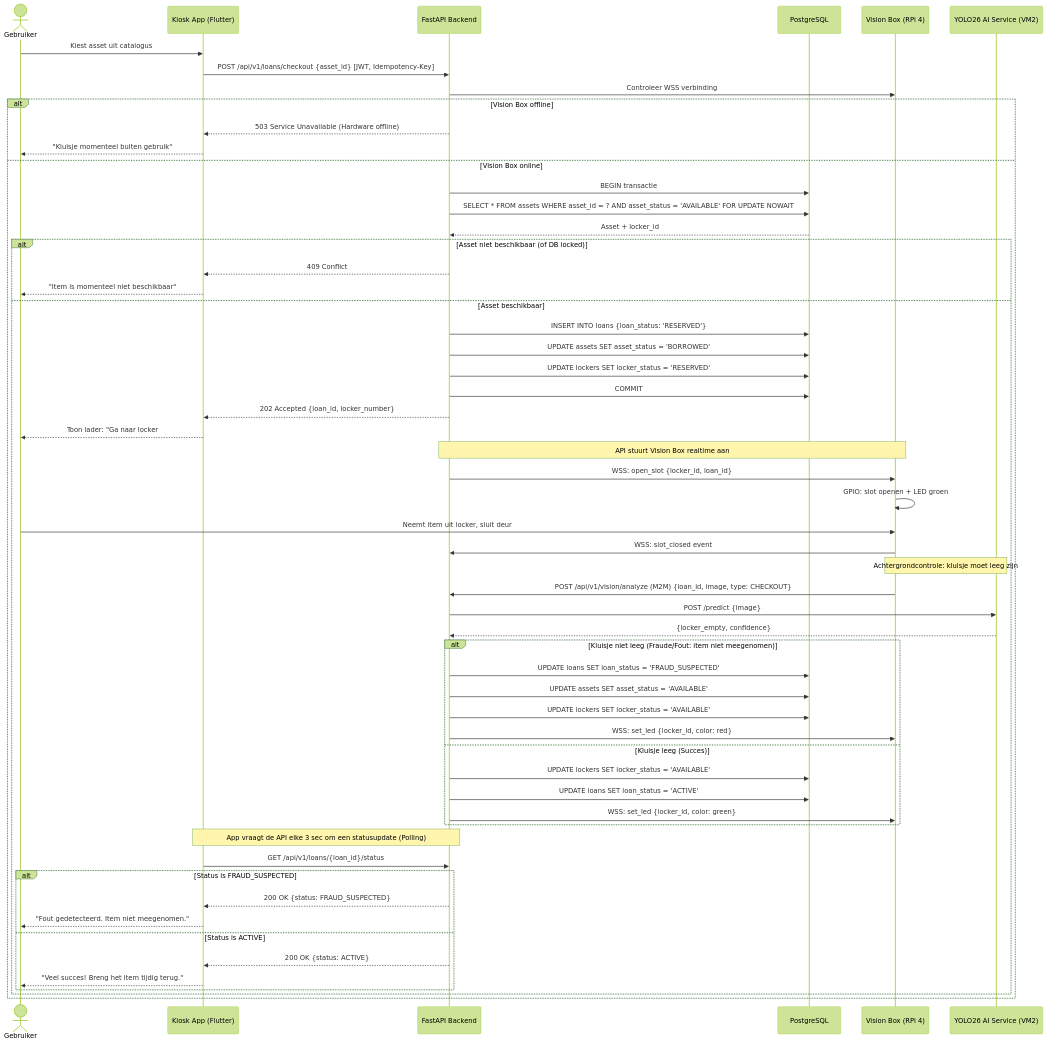
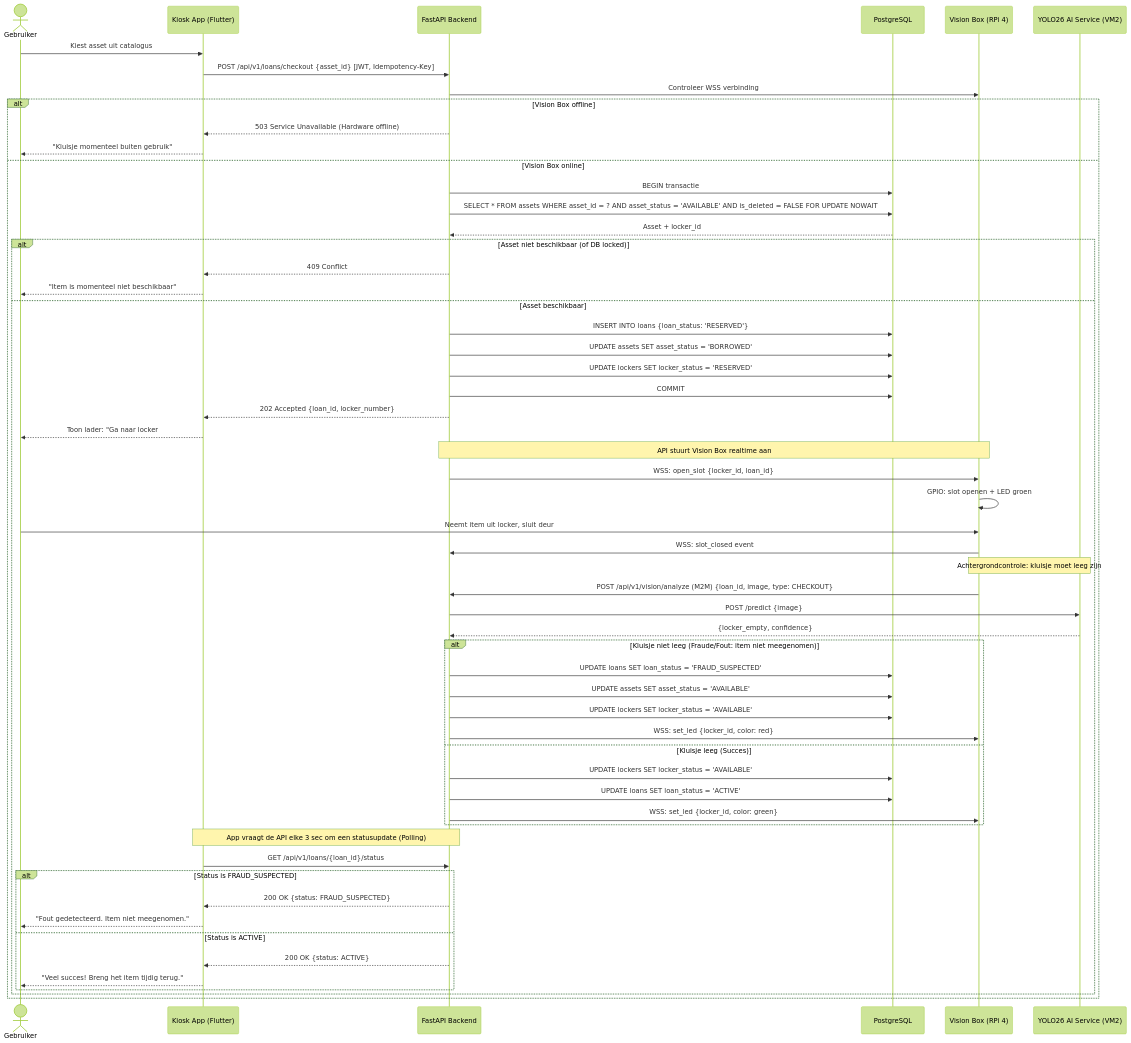
The diagram in docs/diagrams/sequence_checkout.mmd (easylend-practice-enterprise/easylend), drawn with Mermaid (forest theme) before and after one commit.

Commit message:
Potential fix for pull request finding

```diff
--- a/docs/diagrams/sequence_checkout.mmd
+++ b/docs/diagrams/sequence_checkout.mmd
@@ -1,66 +1,66 @@
 sequenceDiagram
     actor User as Gebruiker
     participant App as Kiosk App (Flutter)
     participant API as FastAPI Backend
     participant DB as PostgreSQL
     participant VB as Vision Box (RPi 4)
     participant AI as YOLO26 AI Service (VM2)
 
     User->>App: Kiest asset uit catalogus
     App->>API: POST /api/v1/loans/checkout {asset_id} [JWT, Idempotency-Key]
     
     API->>VB: Controleer WSS verbinding
     alt Vision Box offline
         API-->>App: 503 Service Unavailable (Hardware offline)
         App-->>User: "Kluisje momenteel buiten gebruik"
     else Vision Box online
         API->>DB: BEGIN transactie
-        API->>DB: SELECT * FROM assets WHERE asset_id = ? AND asset_status = 'AVAILABLE' FOR UPDATE NOWAIT
+        API->>DB: SELECT * FROM assets WHERE asset_id = ? AND asset_status = 'AVAILABLE' AND is_deleted = FALSE FOR UPDATE NOWAIT
         DB-->>API: Asset + locker_id
 
         alt Asset niet beschikbaar (of DB locked)
             API-->>App: 409 Conflict
             App-->>User: "Item is momenteel niet beschikbaar"
         else Asset beschikbaar
             API->>DB: INSERT INTO loans {loan_status: 'RESERVED'}
             API->>DB: UPDATE assets SET asset_status = 'BORROWED'
             API->>DB: UPDATE lockers SET locker_status = 'RESERVED'
             API->>DB: COMMIT
             API-->>App: 202 Accepted {loan_id, locker_number}
             App-->>User: Toon lader: "Ga naar locker #N"
 
         Note over API,VB: API stuurt Vision Box realtime aan
         API->>VB: WSS: open_slot {locker_id, loan_id}
         VB->>VB: GPIO: slot openen + LED groen
 
         User->>VB: Neemt item uit locker, sluit deur
         VB->>API: WSS: slot_closed event
 
         Note over VB,AI: Achtergrondcontrole: kluisje moet leeg zijn
         VB->>API: POST /api/v1/vision/analyze (M2M) {loan_id, image, type: CHECKOUT}
         API->>AI: POST /predict {image}
         AI-->>API: {locker_empty, confidence}
 
         alt Kluisje niet leeg (Fraude/Fout: item niet meegenomen)
             API->>DB: UPDATE loans SET loan_status = 'FRAUD_SUSPECTED'
             API->>DB: UPDATE assets SET asset_status = 'AVAILABLE'
             API->>DB: UPDATE lockers SET locker_status = 'AVAILABLE'
             API->>VB: WSS: set_led {locker_id, color: red}
         else Kluisje leeg (Succes)
             API->>DB: UPDATE lockers SET locker_status = 'AVAILABLE'
             API->>DB: UPDATE loans SET loan_status = 'ACTIVE'
             API->>VB: WSS: set_led {locker_id, color: green}
         end
 
         Note over App,API: App vraagt de API elke 3 sec om een statusupdate (Polling)
         App->>API: GET /api/v1/loans/{loan_id}/status
         
         alt Status is FRAUD_SUSPECTED
             API-->>App: 200 OK {status: FRAUD_SUSPECTED}
             App-->>User: "Fout gedetecteerd. Item niet meegenomen."
         else Status is ACTIVE
             API-->>App: 200 OK {status: ACTIVE}
             App-->>User: "Veel succes! Breng het item tijdig terug."
         end
     end
 end
```
